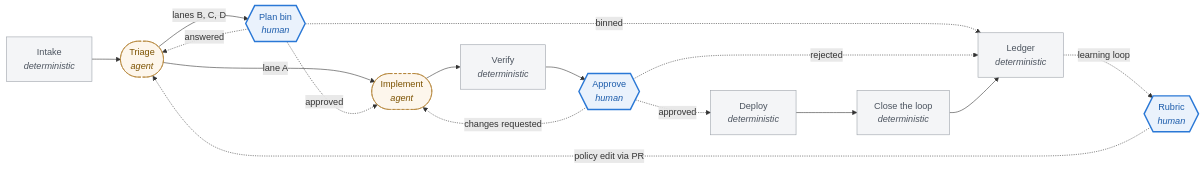
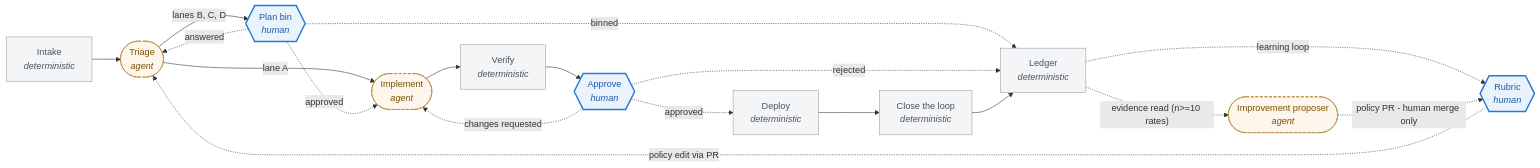
One commit to JacobStephens2/patchyard changed the diagram in model/factory-model-diagram.md. Above: the diagram before and after it, drawn with Mermaid. The commit also changed other lines of this file and 9 other files, not shown here.

First line of the commit message:
A86: improvement proposer v0 in phase 1 - evidence-thresholded, policy-surface-only, human-merged

````diff
--- a/model/factory-model-diagram.md
+++ b/model/factory-model-diagram.md
@@ -22,33 +22,36 @@
 ```mermaid
-%% factory-model schema v5, model v10
-%% canonical sha256:24dcda9ca3a8649a1e2b78056d27915f7c3a2a5b1bdb34b6d4f420ff0b4ed391
+%% factory-model schema v5, model v11
+%% canonical sha256:66e574fe70bea46041f3e3646251d16e43ef3154eeb90bf69a5383216e324a59
 flowchart LR
   intake["Intake<br/><i>deterministic</i>"]:::det
   triage(["Triage<br/><i>agent</i>"]):::agent
   implement(["Implement<br/><i>agent</i>"]):::agent
   verify["Verify<br/><i>deterministic</i>"]:::det
   approve{{"Approve<br/><i>human</i>"}}:::human
   deploy["Deploy<br/><i>deterministic</i>"]:::det
   close["Close the loop<br/><i>deterministic</i>"]:::det
   plan{{"Plan bin<br/><i>human</i>"}}:::human
   ledger["Ledger<br/><i>deterministic</i>"]:::det
   rubric{{"Rubric<br/><i>human</i>"}}:::human
+  proposer(["Improvement proposer<br/><i>agent</i>"]):::agent
   intake --> triage
   triage -->|"lane A"| implement
   triage -->|"lanes B, C, D"| plan
   plan -.->|"approved"| implement
   plan -.->|"answered"| triage
   plan -.->|"binned"| ledger
   implement --> verify
   verify --> approve
   approve -.->|"approved"| deploy
   approve -.->|"changes requested"| implement
   approve -.->|"rejected"| ledger
   deploy --> close
   close --> ledger
   ledger -.->|"learning loop"| rubric
+  ledger -.->|"evidence read (n>=10 rates)"| proposer
+  proposer -.->|"policy PR - human merge only"| rubric
   rubric -.->|"policy edit via PR"| triage
   classDef human fill:#eaf2fc,stroke:#2a78d6,stroke-width:2.5px,color:#1c5cab
   classDef agent fill:#fdf6ec,stroke:#b07d2b,stroke-dasharray:5 3,color:#7c5200
   classDef det fill:#f4f5f7,stroke:#9aa0a8,color:#4c545f
 ```
````
